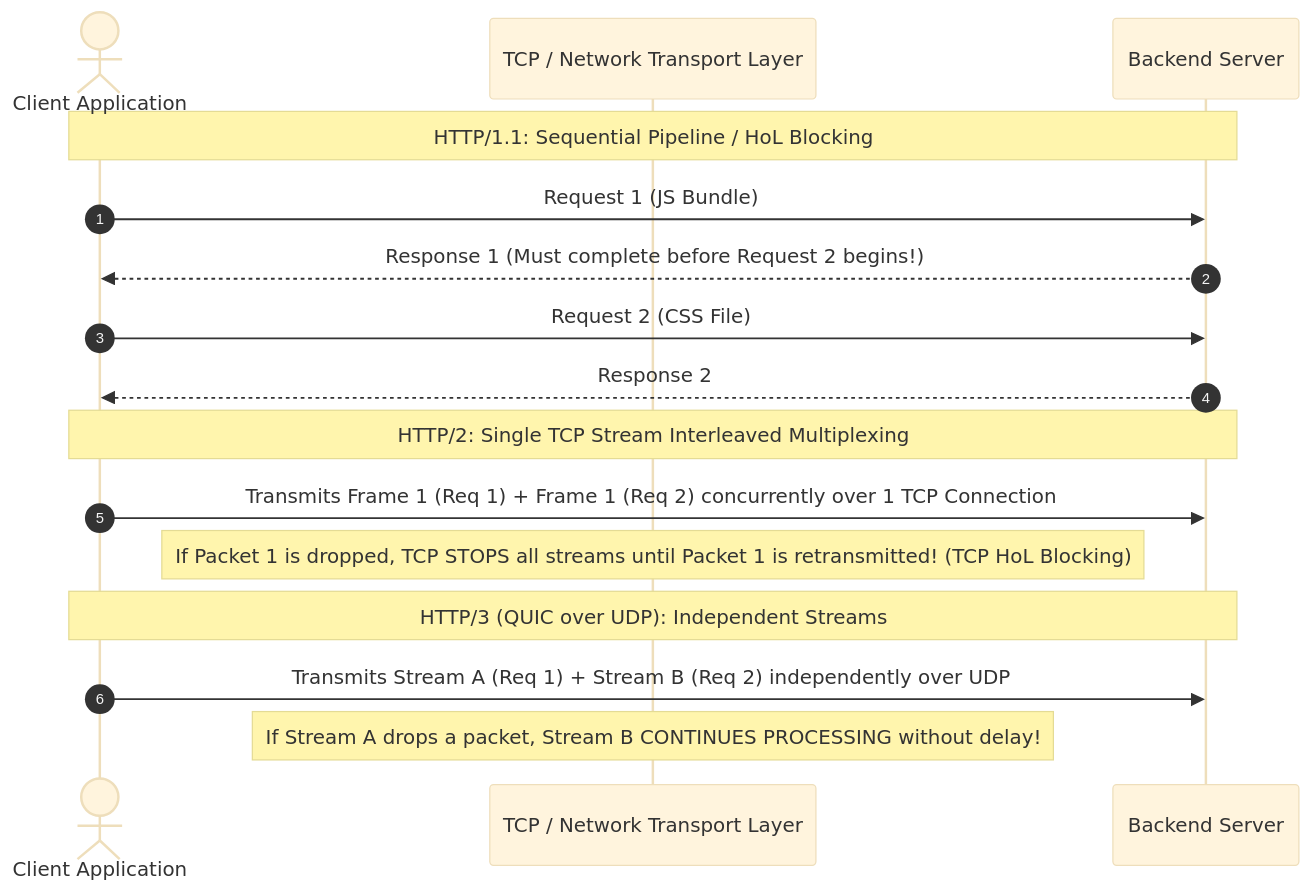
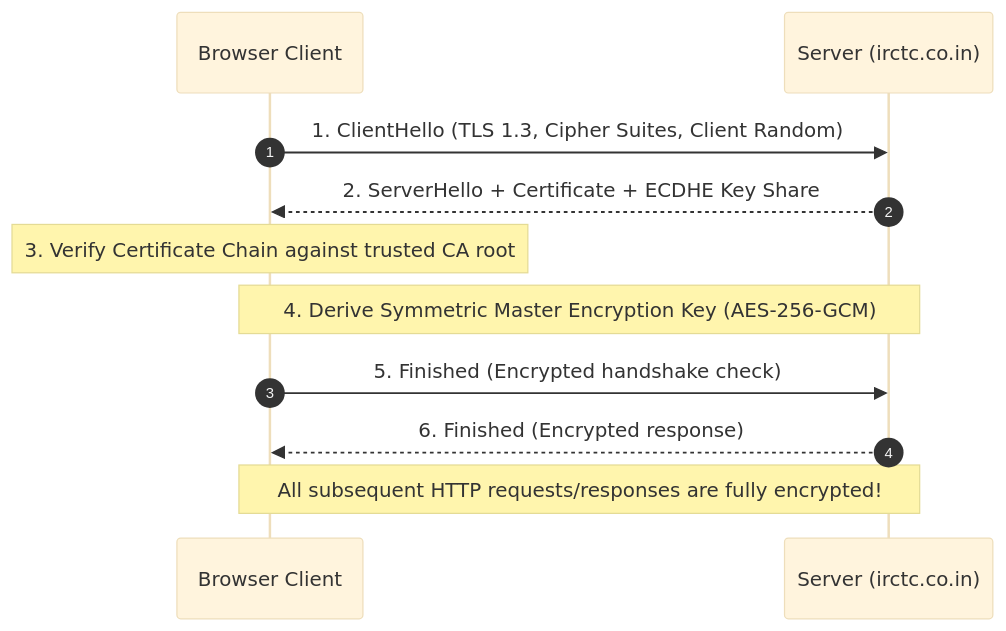
One commit to Amie-dev/engineering-playbook changed the third of 3 diagrams in system-design-notes/01-client-server-and-protocols.md. Above: the diagram before and after it, drawn with Mermaid (base theme). The commit also changed other lines of this file and 33 other files, not shown here.

````diff
--- a/system-design-notes/01-client-server-and-protocols.md
+++ b/system-design-notes/01-client-server-and-protocols.md
@@ -31,21 +173,14 @@
 ```mermaid
 sequenceDiagram
     autonumber
-    actor Client as Client Application
-    participant TCP as TCP / Network Transport Layer
-    participant Server as Backend Server
+    participant Browser as Browser Client
+    participant Server as Server (irctc.co.in)
 
-    note over Client,Server: HTTP/1.1: Sequential Pipeline / HoL Blocking
-    Client->>Server: Request 1 (JS Bundle)
-    Server-->>Client: Response 1 (Must complete before Request 2 begins!)
-    Client->>Server: Request 2 (CSS File)
-    Server-->>Client: Response 2
-
-    note over Client,Server: HTTP/2: Single TCP Stream Interleaved Multiplexing
-    Client->>Server: Transmits Frame 1 (Req 1) + Frame 1 (Req 2) concurrently over 1 TCP Connection
-    note over TCP: If Packet 1 is dropped, TCP STOPS all streams until Packet 1 is retransmitted! (TCP HoL Blocking)
-
-    note over Client,Server: HTTP/3 (QUIC over UDP): Independent Streams
-    Client->>Server: Transmits Stream A (Req 1) + Stream B (Req 2) independently over UDP
-    note over TCP: If Stream A drops a packet, Stream B CONTINUES PROCESSING without delay!
+    Browser->>Server: 1. ClientHello (TLS 1.3, Cipher Suites, Client Random)
+    Server-->>Browser: 2. ServerHello + Certificate + ECDHE Key Share
+    Note over Browser: 3. Verify Certificate Chain against trusted CA root
+    Note over Browser,Server: 4. Derive Symmetric Master Encryption Key (AES-256-GCM)
+    Browser->>Server: 5. Finished (Encrypted handshake check)
+    Server-->>Browser: 6. Finished (Encrypted response)
+    Note over Browser,Server: All subsequent HTTP requests/responses are fully encrypted!
 ```
````
